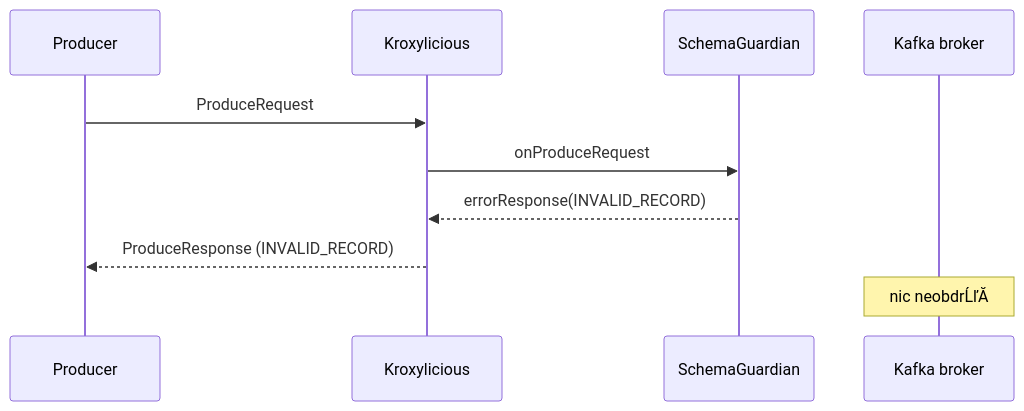
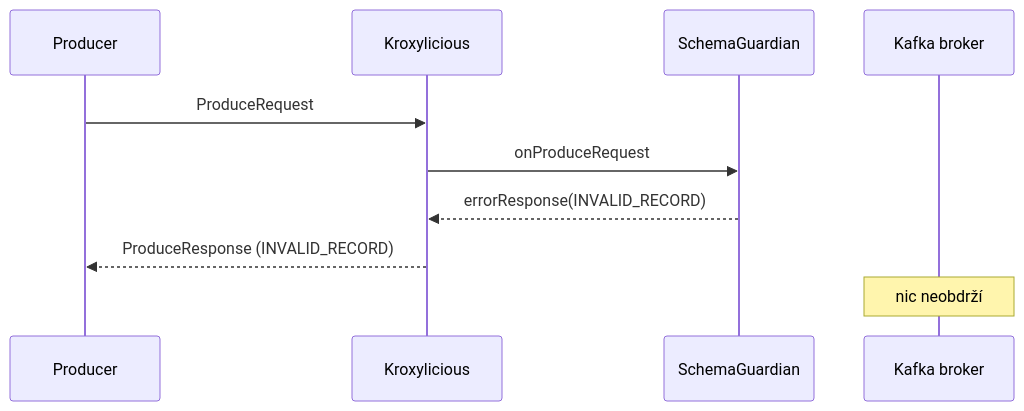
One commit to janbracha/kafka-guardian changed the second of 2 diagrams in README.md. Above: the diagram before and after it, drawn with Mermaid. The commit also changed other lines of this file, not shown here.

````diff
--- a/README.md
+++ b/README.md
@@ -89,12 +89,12 @@
 ```mermaid
 sequenceDiagram
     participant P as Producer
     participant K as Kroxylicious
     participant G as SchemaGuardian
     participant B as Kafka broker
     P->>K: ProduceRequest
     K->>G: onProduceRequest
     G-->>K: errorResponse(INVALID_RECORD)
     K-->>P: ProduceResponse (INVALID_RECORD)
-    Note over B: nic neobdrĹľĂ­
+    Note over B: nic neobdrží
 ```
````
